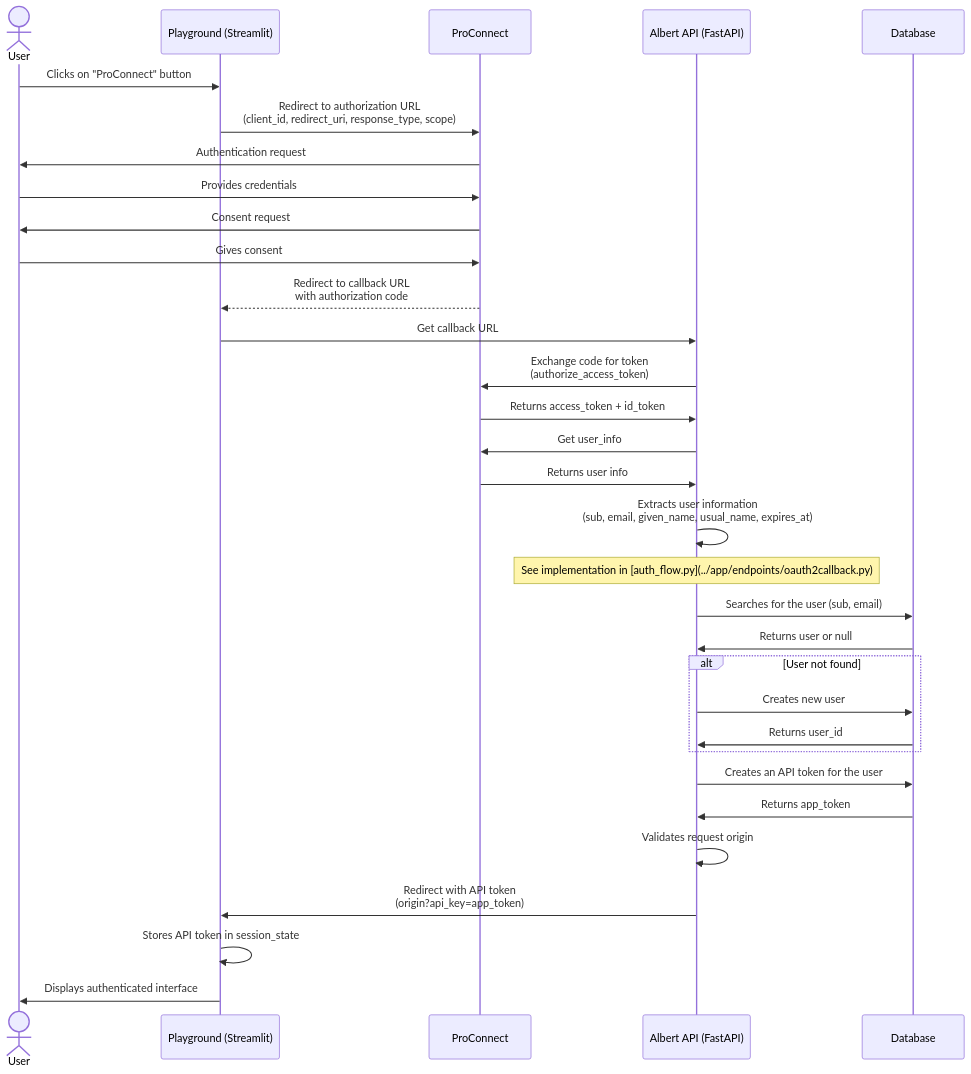
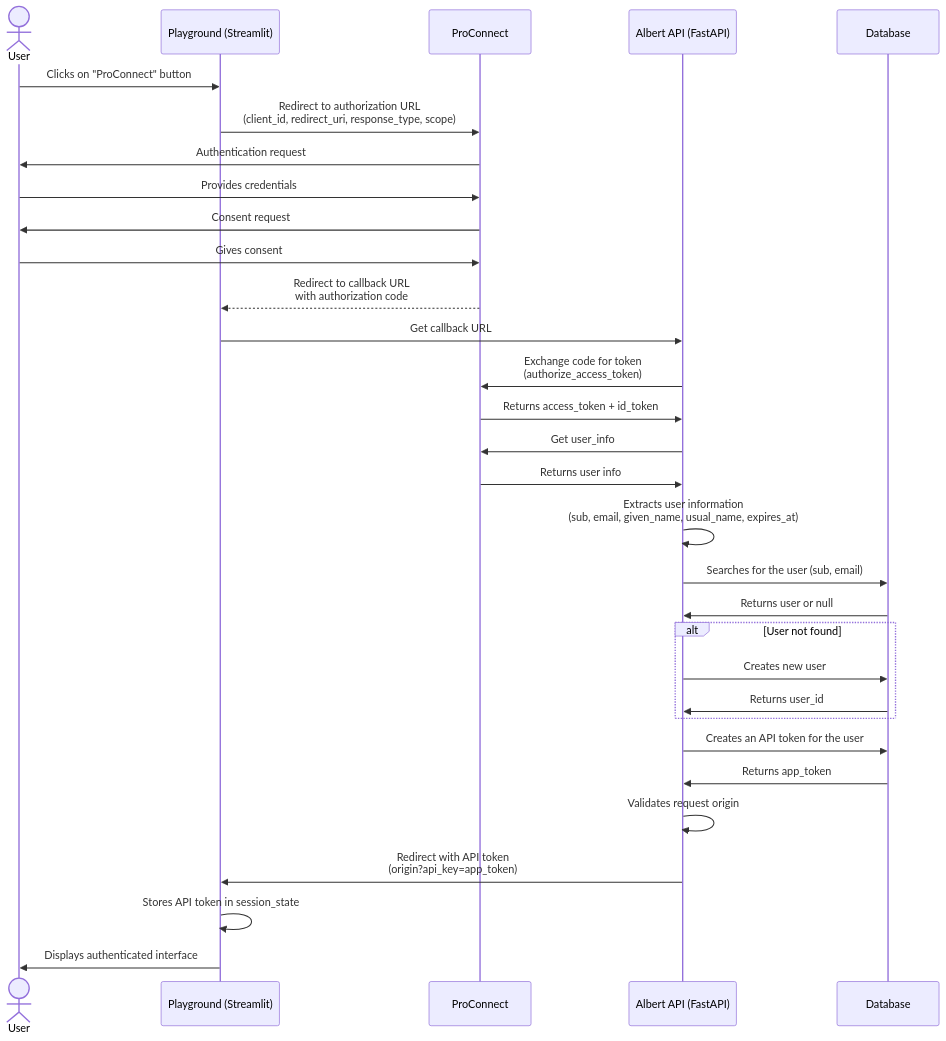
One commit to etalab-ia/albert-api changed the diagram in docs/proconnect.md. Above: the diagram before and after it, drawn with Mermaid. The commit also changed other lines of this file, not shown here.

````diff
--- a/docs/proconnect.md
+++ b/docs/proconnect.md
@@ -1,46 +14,45 @@
 ```mermaid
 sequenceDiagram
     actor User
     participant StreamLit as Playground (Streamlit)
     participant ProConnect as ProConnect
     participant FastAPI as Albert API (FastAPI)
     participant Database as Database
     
     User->>StreamLit: Clicks on "ProConnect" button
     StreamLit->>ProConnect: Redirect to authorization URL<br>(client_id, redirect_uri, response_type, scope)
     
     ProConnect->>User: Authentication request
     User->>ProConnect: Provides credentials
     ProConnect->>User: Consent request
     User->>ProConnect: Gives consent
    
     ProConnect-->>StreamLit: Redirect to callback URL<br>with authorization code
     StreamLit->>FastAPI: Get callback URL
     
     FastAPI->>ProConnect: Exchange code for token<br>(authorize_access_token)
     ProConnect->>FastAPI: Returns access_token + id_token
 
     FastAPI->>ProConnect: Get user_info
     ProConnect->>FastAPI: Returns user info
 
     
     FastAPI->>FastAPI: Extracts user information<br>(sub, email, given_name, usual_name, expires_at)
-    Note over FastAPI,FastAPI: See implementation in [auth_flow.py](../app/endpoints/oauth2callback.py)
     
     FastAPI->>Database: Searches for the user (sub, email)
     Database->>FastAPI: Returns user or null
     
     alt User not found
         FastAPI->>Database: Creates new user
         Database->>FastAPI: Returns user_id
     end
     
     FastAPI->>Database: Creates an API token for the user
     Database->>FastAPI: Returns app_token
     
     FastAPI->>FastAPI: Validates request origin
     FastAPI->>StreamLit: Redirect with API token<br>(origin?api_key=app_token)
     
     StreamLit->>StreamLit: Stores API token in session_state
     StreamLit->>User: Displays authenticated interface
 ```
````
